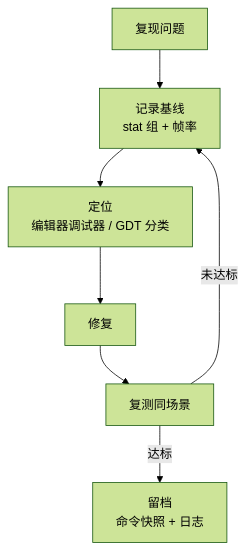
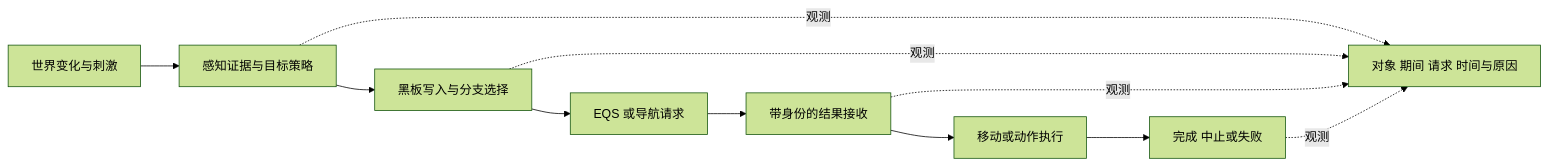
The diagram in 知识/06-游戏AI/评测安全与运行预算/08-AI调试与性能分析.md (fantuan812/learning), drawn with Mermaid (forest theme) before and after one commit. The commit also changed other lines of this file and 2 other files, not shown here.

````diff
--- a/知识/06-游戏AI/评测安全与运行预算/08-AI调试与性能分析.md
+++ b/知识/06-游戏AI/评测安全与运行预算/08-AI调试与性能分析.md
@@ -199,9 +23,13 @@
 ```mermaid
-flowchart TD
-    A[复现问题] --> B[记录基线<br/>stat 组 + 帧率]
-    B --> C[定位<br/>编辑器调试器 / GDT 分类]
-    C --> D[修复]
-    D --> E[复测同场景]
-    E -->|未达标| B
-    E -->|达标| F[留档<br/>命令快照 + 日志]
+flowchart LR
+    A[世界变化与刺激] --> B[感知证据与目标策略]
+    B --> C[黑板写入与分支选择]
+    C --> D[EQS 或导航请求]
+    D --> E[带身份的结果接收]
+    E --> F[移动或动作执行]
+    F --> G[完成 中止或失败]
+    B -.观测.-> H[对象 期间 请求 时间与原因]
+    C -.观测.-> H
+    E -.观测.-> H
+    G -.观测.-> H
 ```
````
